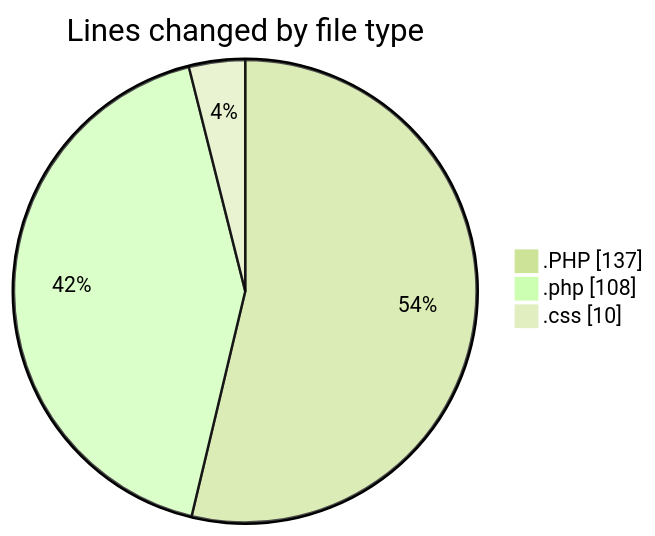
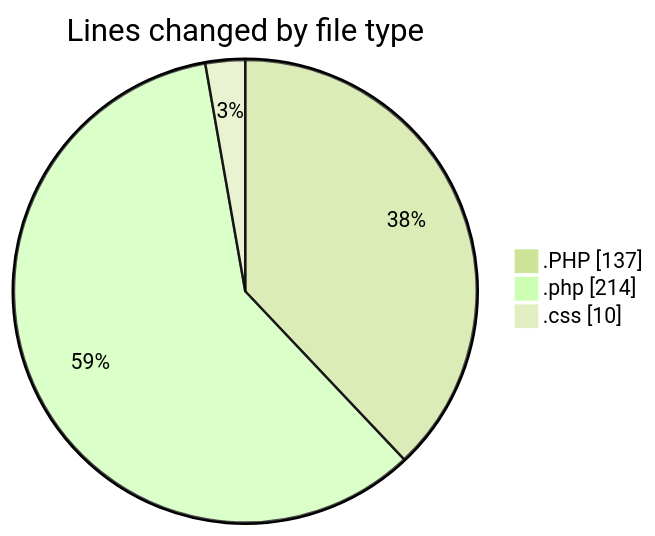
One commit to LanceThiago/code-tracking changed the first of 2 diagrams in 2025-05-15/jogo/README.md. Above: the diagram before and after it, drawn with Mermaid (forest theme). The commit also changed other lines of this file and 1 other file, not shown here.

````diff
--- a/2025-05-15/jogo/README.md
+++ b/2025-05-15/jogo/README.md
@@ -22,7 +22,7 @@
 ```mermaid
 pie showData
 title Lines changed by file type
 ".PHP" : 137
-".php" : 108
+".php" : 214
 ".css" : 10
 ```
````
